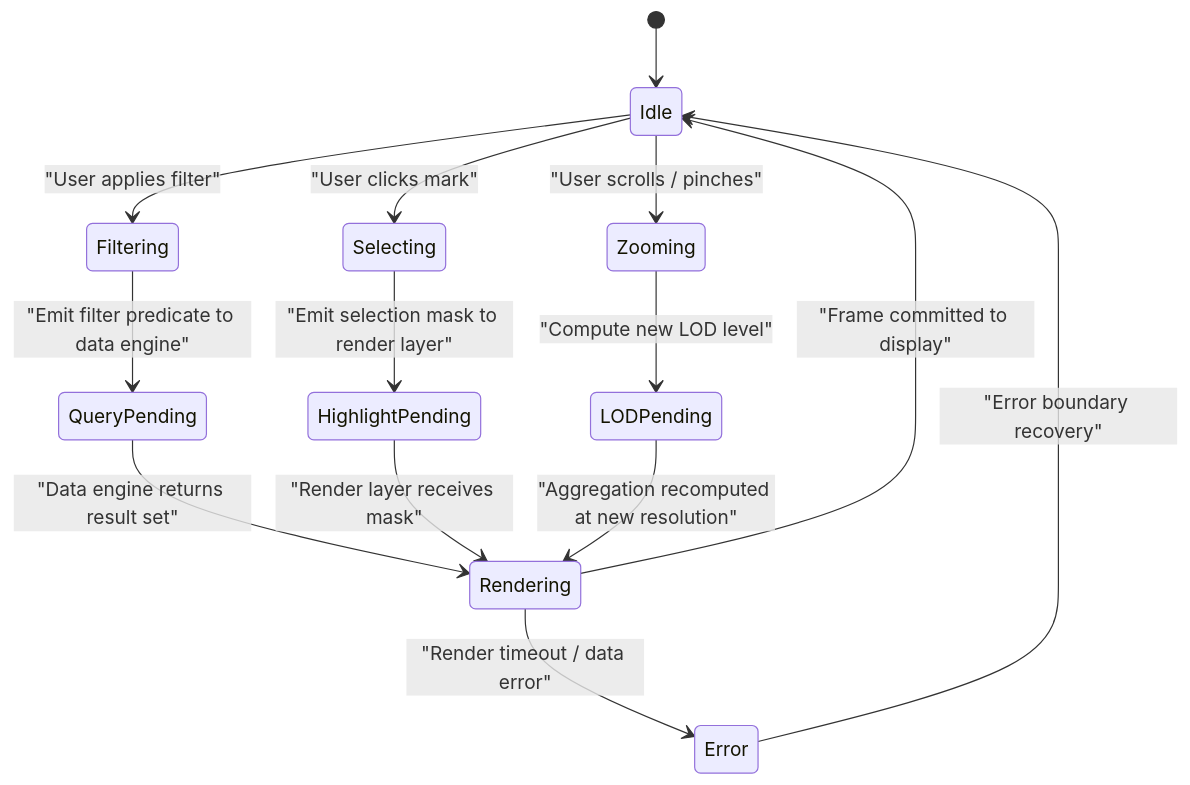
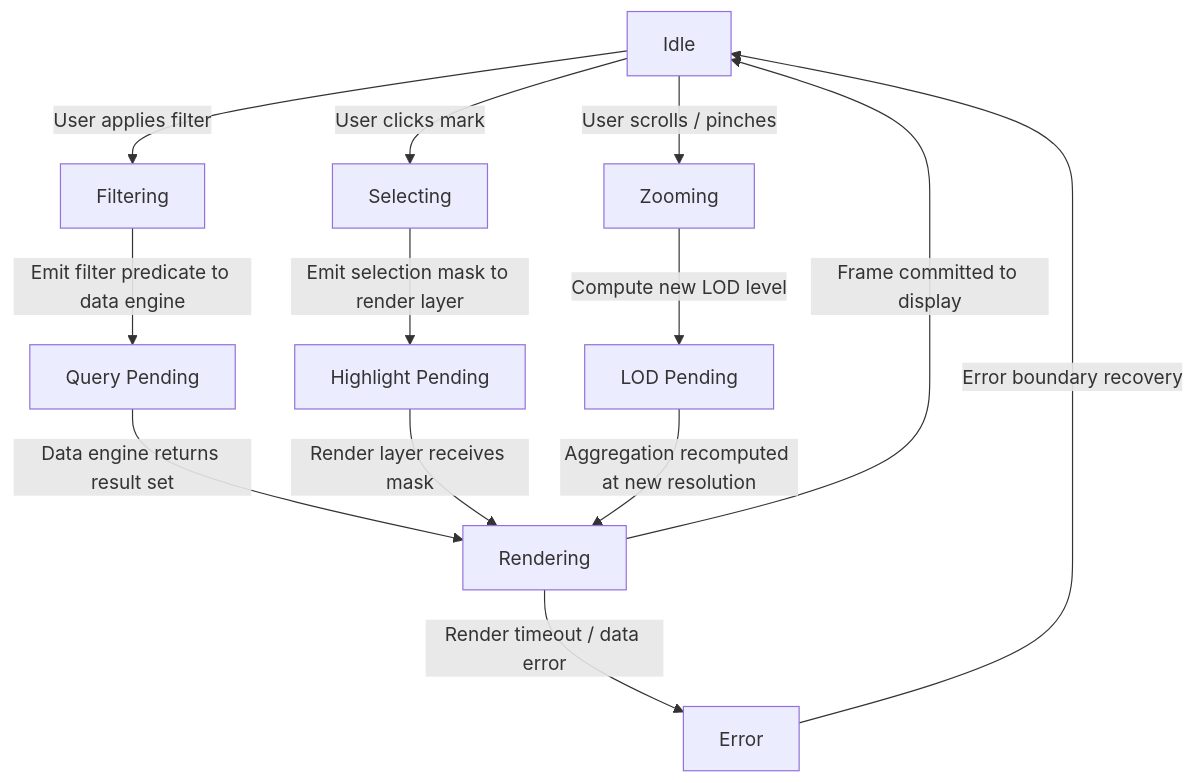
Before and after one commit to blebleblee/synapse: the second of 4 diagrams in topics/computing/data/data_visualisation/lesson_03_advanced_visualizations.md, drawn with Mermaid. The commit also changed 1464 other files, not shown here.

Commit message:
feat(release): curriculum vector mermaid upgrade, render hardening, and master synpack

````diff
--- a/topics/computing/data/data_visualisation/lesson_03_advanced_visualizations.md
+++ b/topics/computing/data/data_visualisation/lesson_03_advanced_visualizations.md
@@ -323,20 +323,28 @@
 ```mermaid
-stateDiagram-v2
-    [*] --> Idle
+flowchart TD
+    IDLE["Idle"]
+    FILTERING["Filtering"]
+    SELECTING["Selecting"]
+    ZOOMING["Zooming"]
+    QUERY_PENDING["Query Pending"]
+    HIGHLIGHT_PENDING["Highlight Pending"]
+    LOD_PENDING["LOD Pending"]
+    RENDERING["Rendering"]
+    ERROR["Error"]
 
-    Idle --> Filtering     : "User applies filter"
-    Idle --> Selecting     : "User clicks mark"
-    Idle --> Zooming       : "User scrolls / pinches"
+    IDLE -->|"User applies filter"| FILTERING
+    IDLE -->|"User clicks mark"| SELECTING
+    IDLE -->|"User scrolls / pinches"| ZOOMING
 
-    Filtering --> QueryPending : "Emit filter predicate to data engine"
-    Selecting --> HighlightPending : "Emit selection mask to render layer"
-    Zooming   --> LODPending : "Compute new LOD level"
+    FILTERING -->|"Emit filter predicate to data engine"| QUERY_PENDING
+    SELECTING -->|"Emit selection mask to render layer"| HIGHLIGHT_PENDING
+    ZOOMING -->|"Compute new LOD level"| LOD_PENDING
 
-    QueryPending    --> Rendering : "Data engine returns result set"
-    HighlightPending --> Rendering : "Render layer receives mask"
-    LODPending      --> Rendering : "Aggregation recomputed at new resolution"
+    QUERY_PENDING -->|"Data engine returns result set"| RENDERING
+    HIGHLIGHT_PENDING -->|"Render layer receives mask"| RENDERING
+    LOD_PENDING -->|"Aggregation recomputed at new resolution"| RENDERING
 
-    Rendering --> Idle : "Frame committed to display"
-    Rendering --> Error : "Render timeout / data error"
-    Error --> Idle : "Error boundary recovery"
+    RENDERING -->|"Frame committed to display"| IDLE
+    RENDERING -->|"Render timeout / data error"| ERROR
+    ERROR -->|"Error boundary recovery"| IDLE
 ```
````
